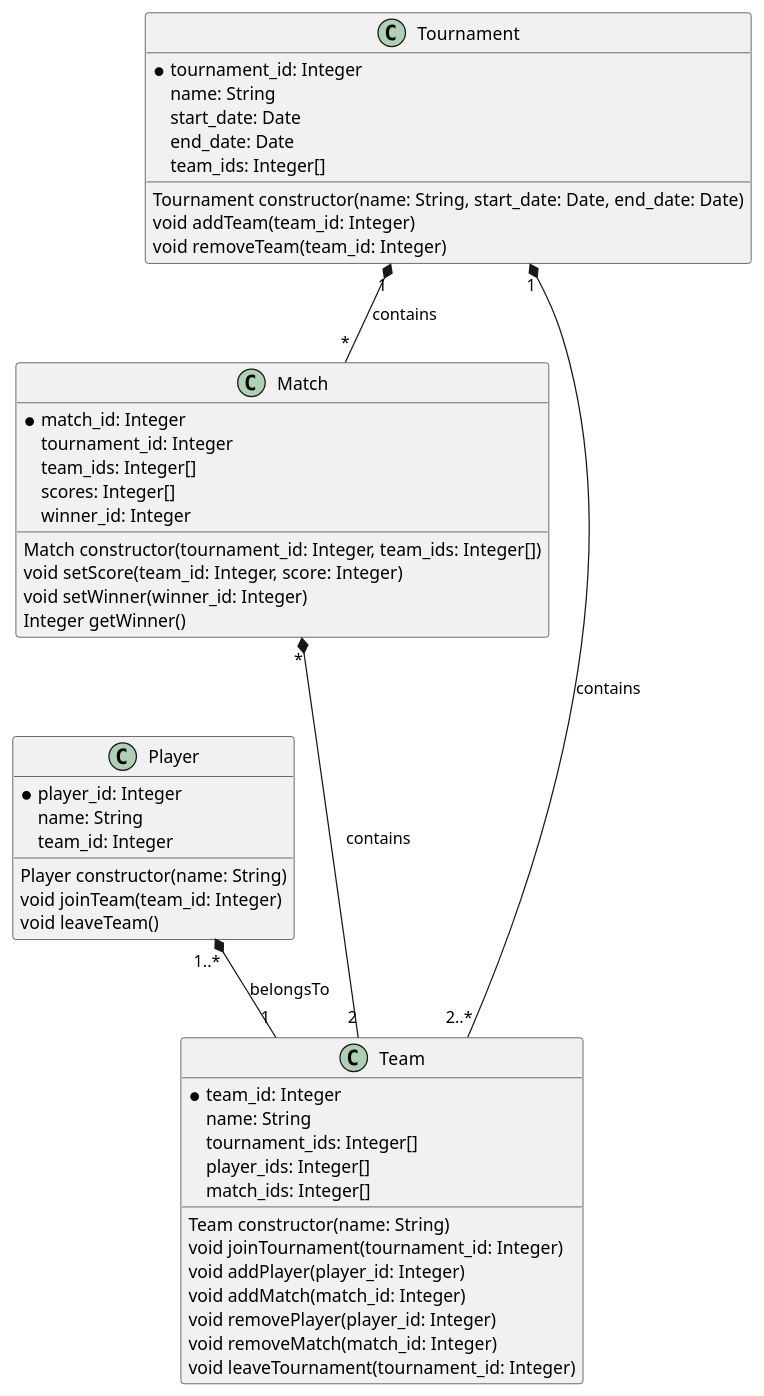
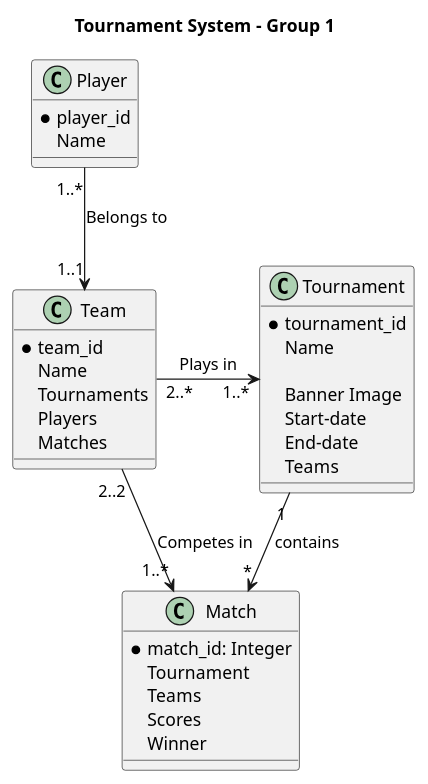
One commit to felixalbrigtsen/asura-tmdb changed the diagram in documentation/domainModel.puml. Above: the diagram before and after it, drawn with PlantUML. The commit also changed 1 other file, not shown here.

Commit message:
Cleaned domain model, made internal class diagram

```diff
--- a/documentation/domainModel.puml
+++ b/documentation/domainModel.puml
@@ -1,77 +1,40 @@
 @startuml Tournament System
+title Tournament System - Group 1 
 
-
-' class Group
-
-' Match med bare to teams:
-' class Match {
-'     *match_id: Integer
-'     tournament_id: Integer
-'     team1_id: Integer
-'     team2_id: Integer
-'     scores: [Integer, Integer]
-'     winner_id: Integer
-'     void setScore(team1_score: Integer, team2_score: Integer)
-'     void setWinner(winner_id: Integer)
-'     Integer getWinner()
-' }
-
-' Match med vilkårlig antall teams
 class Match {
     *match_id: Integer
-    tournament_id: Integer
-    team_ids: Integer[]
-    scores: Integer[]
-    winner_id: Integer
-
-    Match constructor(tournament_id: Integer, team_ids: Integer[])
-    void setScore(team_id: Integer, score: Integer)
-    void setWinner(winner_id: Integer)
-    Integer getWinner()
+    Tournament
+    Teams
+    Scores
+    Winner
 }
 class Team {
-    *team_id: Integer
-    name: String
-    tournament_ids: Integer[]
-    player_ids: Integer[]
-    match_ids: Integer[]
-
-    Team constructor(name: String)
-    void joinTournament(tournament_id: Integer)
-    void addPlayer(player_id: Integer)
-    void addMatch(match_id: Integer)
-    void removePlayer(player_id: Integer)
-    void removeMatch(match_id: Integer)
-    void leaveTournament(tournament_id: Integer)
+    *team_id
+    Name
+    Tournaments
+    Players
+    Matches
 }
 class Player {
-    *player_id: Integer
-    name: String
-    team_id: Integer
-
-
-    Player constructor(name: String)
-    void joinTeam(team_id: Integer)
-    void leaveTeam()
+    *player_id
+    Name
 }
 
 class Tournament {
-    *tournament_id: Integer
-    name: String
-    start_date: Date
-    end_date: Date
-    team_ids: Integer[]
-
-    Tournament constructor(name: String, start_date: Date, end_date: Date)
-    void addTeam(team_id: Integer)
-    void removeTeam(team_id: Integer)
+    *tournament_id
+    Name
+    
+    Banner Image
+    Start-date
+    End-date
+    Teams
 }
 
 
-Tournament "1" *-- "2..*" Team : contains
-Tournament "1" *-- "*" Match : contains
-Player "1..*" *-- "1" Team : belongsTo
-Match "*" *--- "2" Team : contains
+Team "2..*" -> "1..*" Tournament : "Plays in"
+Tournament "1" --> "*" Match : contains
+Player "1..*" --> "1..1" Team : "Belongs to"
+Team "2..2" --> "1..*" Match : "Competes in"
 
 
 @enduml
```
